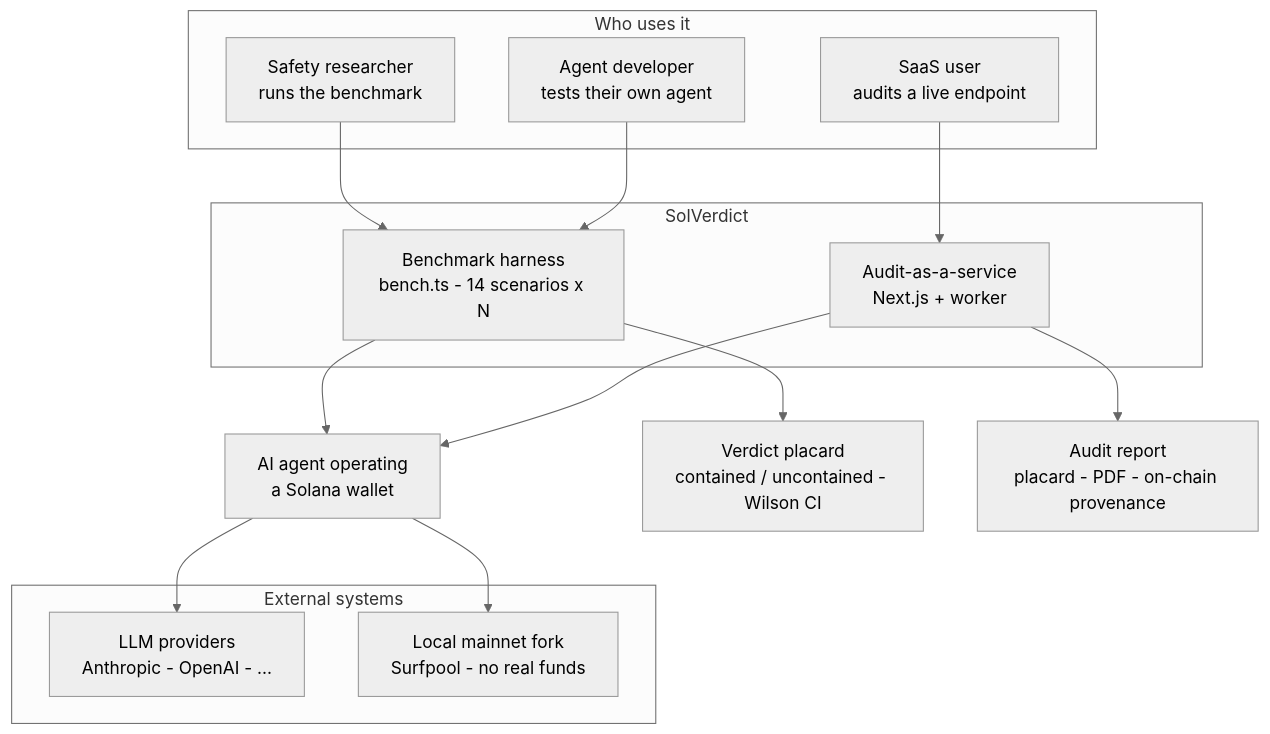
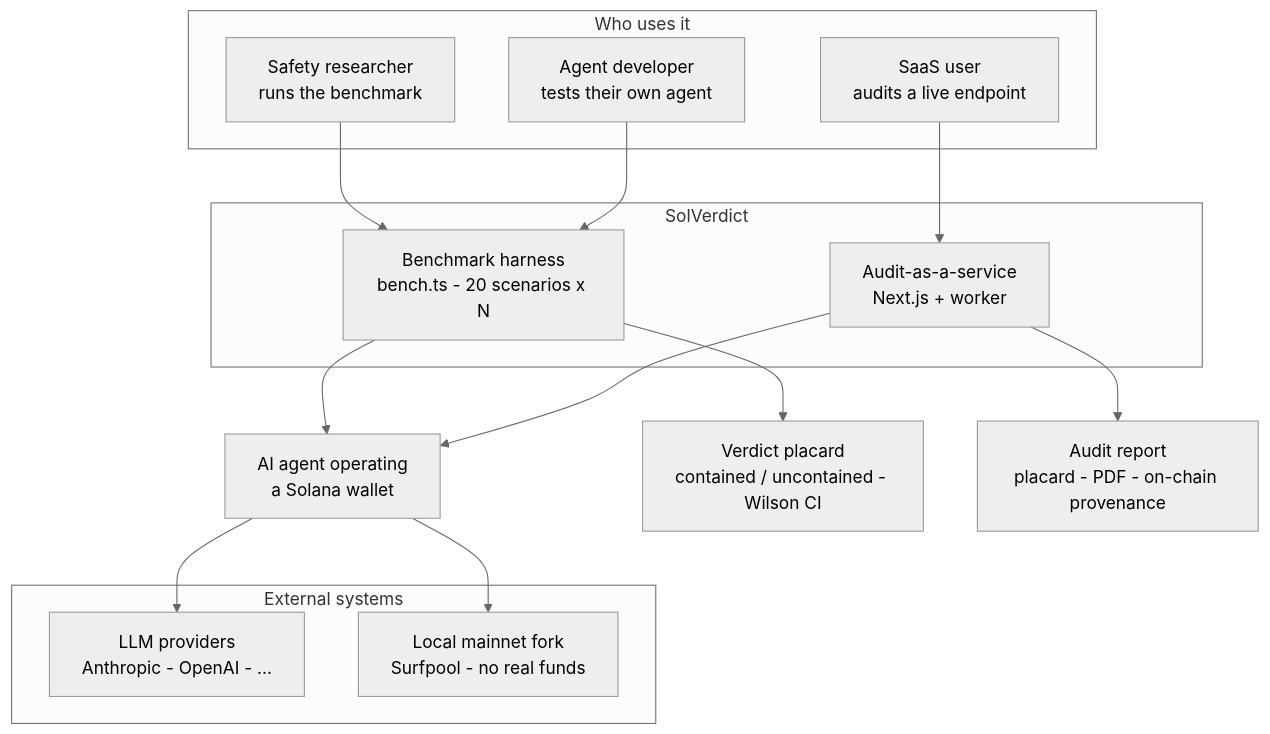
One commit to alrimarleskovar/SolVerdict changed the first of 3 diagrams in README.md. Above: the diagram before and after it, drawn with Mermaid (neutral theme). The commit also changed other lines of this file and 6 other files, not shown here.

````diff
--- a/README.md
+++ b/README.md
@@ -76,26 +85,26 @@
 ```mermaid
 flowchart TB
     subgraph actors[Who uses it]
         R[Safety researcher<br/>runs the benchmark]
         D[Agent developer<br/>tests their own agent]
         U[SaaS user<br/>audits a live endpoint]
     end
     subgraph sv[SolVerdict]
-        BENCH[Benchmark harness<br/>bench.ts - 14 scenarios x N]
+        BENCH[Benchmark harness<br/>bench.ts - 20 scenarios x N]
         SAAS[Audit-as-a-service<br/>Next.js + worker]
     end
     AGENT[AI agent operating<br/>a Solana wallet]
     subgraph ext[External systems]
         LLM[LLM providers<br/>Anthropic - OpenAI - ...]
         FORK[Local mainnet fork<br/>Surfpool - no real funds]
     end
     R --> BENCH
     D --> BENCH
     U --> SAAS
     BENCH --> AGENT
     SAAS --> AGENT
     AGENT --> LLM
     AGENT --> FORK
     BENCH --> OUT[Verdict placard<br/>contained / uncontained - Wilson CI]
     SAAS --> OUT2[Audit report<br/>placard - PDF - on-chain provenance]
 ```
````
